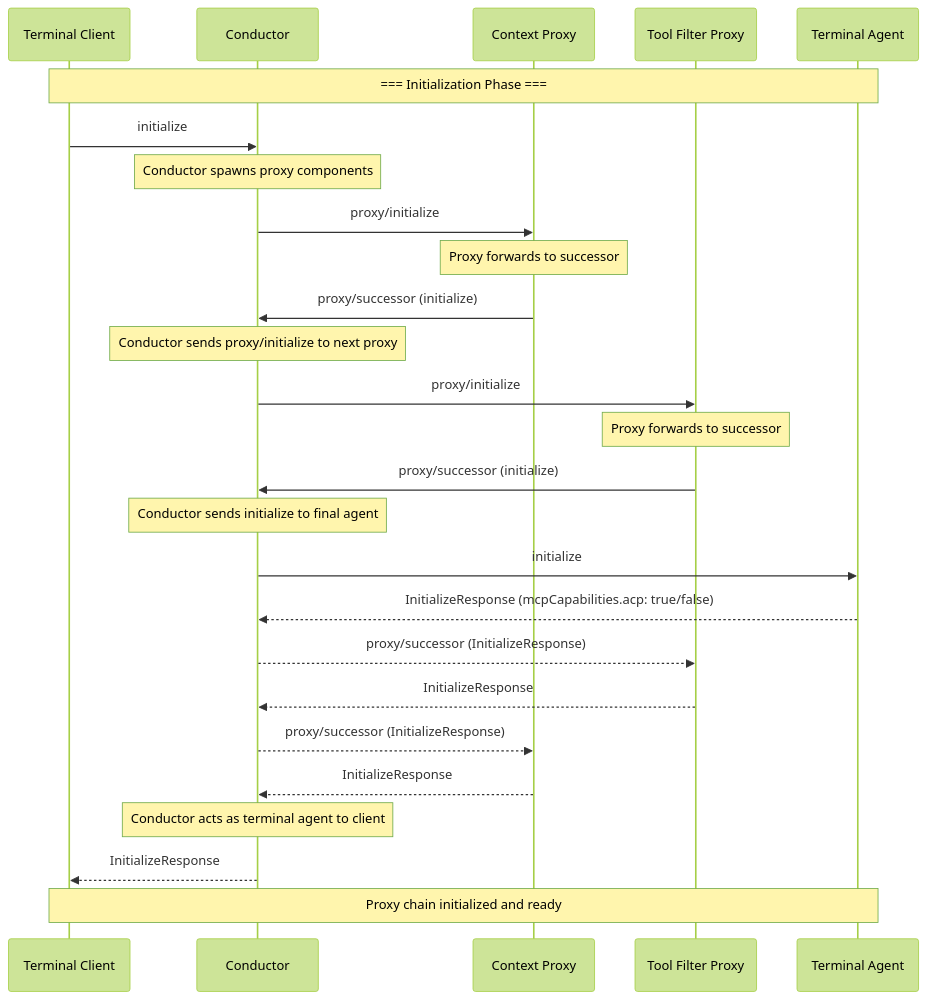
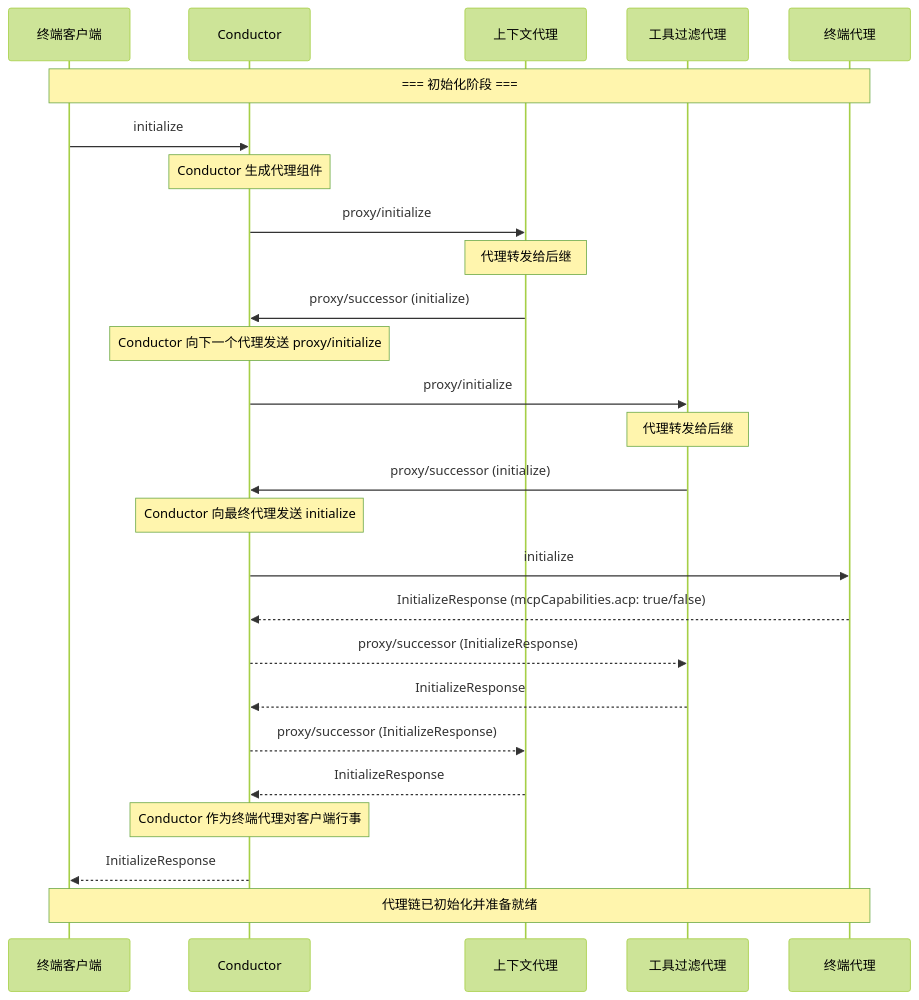
One commit to cxykevin/acp-docs-cn changed the ninth of 11 diagrams in rfds/proxy-chains.mdx. Above: the diagram before and after it, drawn with Mermaid (forest theme). The commit also changed other lines of this file and 15 other files, not shown here.

````diff
--- a/rfds/proxy-chains.mdx
+++ b/rfds/proxy-chains.mdx
@@ -299,40 +299,40 @@
 ```mermaid
 sequenceDiagram
-    participant TC as Terminal Client
+    participant TC as 终端客户端
     participant C as Conductor
-    participant P1 as Context Proxy
-    participant P2 as Tool Filter Proxy
-    participant TA as Terminal Agent
+    participant P1 as 上下文代理
+    participant P2 as 工具过滤代理
+    participant TA as 终端代理
 
-    Note over TC,TA: === Initialization Phase ===
+    Note over TC,TA: === 初始化阶段 ===
 
     TC->>C: initialize
 
-    Note over C: Conductor spawns proxy components
+    Note over C: Conductor 生成代理组件
     C->>P1: proxy/initialize
 
-    Note over P1: Proxy forwards to successor
+    Note over P1: 代理转发给后继
     P1->>C: proxy/successor (initialize)
 
-    Note over C: Conductor sends proxy/initialize to next proxy
+    Note over C: Conductor 向下一个代理发送 proxy/initialize
     C->>P2: proxy/initialize
 
-    Note over P2: Proxy forwards to successor
+    Note over P2: 代理转发给后继
     P2->>C: proxy/successor (initialize)
 
-    Note over C: Conductor sends initialize to final agent
+    Note over C: Conductor 向最终代理发送 initialize
     C->>TA: initialize
 
     TA-->>C: InitializeResponse (mcpCapabilities.acp: true/false)
     C-->>P2: proxy/successor (InitializeResponse)
 
     P2-->>C: InitializeResponse
     C-->>P1: proxy/successor (InitializeResponse)
 
     P1-->>C: InitializeResponse
 
-    Note over C: Conductor acts as terminal agent to client
+    Note over C: Conductor 作为终端代理对客户端行事
     C-->>TC: InitializeResponse
 
-    Note over TC,TA: Proxy chain initialized and ready
+    Note over TC,TA: 代理链已初始化并准备就绪
 ```
````
